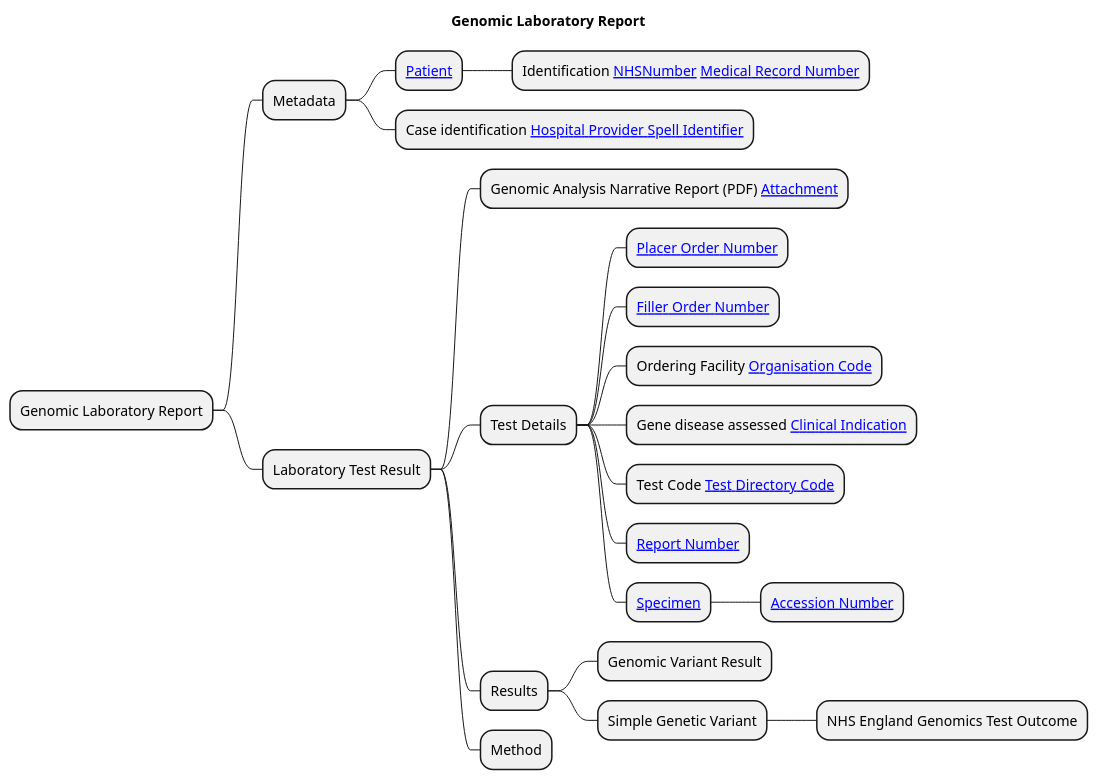
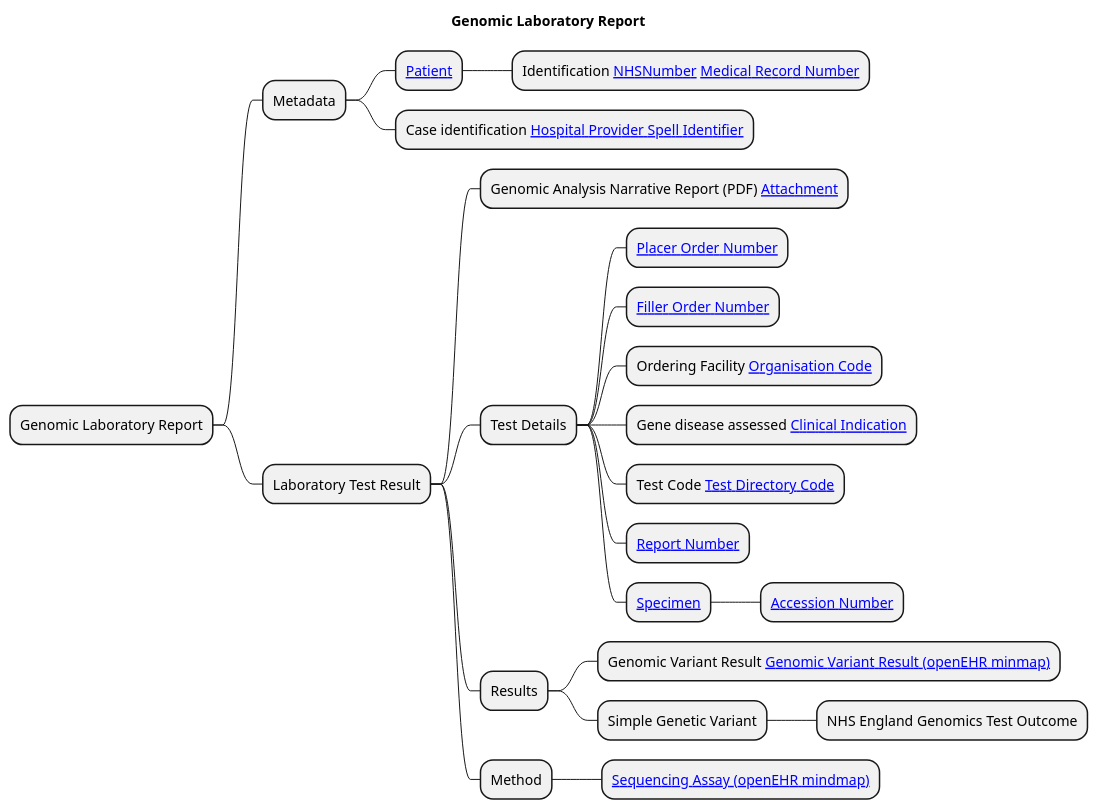
Before and after one commit to uk-gov-mirror/nw-gmsa.nw-gmsa.github.com: the diagram in input/images-source/LaboratoryReport-mindmap.plantuml, drawn with PlantUML.

Commit message:
hyperlinks in mermaid diagram

```diff
--- a/input/images-source/LaboratoryReport-mindmap.plantuml
+++ b/input/images-source/LaboratoryReport-mindmap.plantuml
@@ -1,28 +1,28 @@
 @startmindmap
 
 title "Genomic Laboratory Report"
 
 * Genomic Laboratory Report
 ** Metadata
 *** [[StructureDefinition-Patient.html Patient]]
 **** Identification [[StructureDefinition-NHSNumber.html NHSNumber]] [[StructureDefinition-MedicalRecordNumber.html Medical Record Number]]
 *** Case identification [[StructureDefinition-HospitalProviderSpellIdentifier.html Hospital Provider Spell Identifier]]
 ** Laboratory Test Result
 *** Genomic Analysis Narrative Report (PDF) [[StructureDefinition-NWAttachment.html Attachment]]
 *** Test Details
 **** [[StructureDefinition-PlacerOrderNumber.html Placer Order Number]]
 **** [[StructureDefinition-FillerOrderNumber.html Filler Order Number]]
 **** Ordering Facility [[StructureDefinition-OrganisationCode.html Organisation Code]]
 **** Gene disease assessed [[CodeSystem-GenomicClinicalIndication.html Clinical Indication]]
 **** Test Code [[CodeSystem-GenomicTestCode.html Test Directory Code]]
 **** [[StructureDefinition-ReportNumber.html Report Number]]
 **** [[StructureDefinition-Specimen.html Specimen]]
 ***** [[StructureDefinition-AccessionNumber.html Accession Number]]
 *** Results
-
-**** Genomic Variant Result
+**** Genomic Variant Result [[https://ckm.openehr.org/ckm/archetypes/1013.1.3759/mindmap Genomic Variant Result (openEHR minmap)]]
 **** Simple Genetic Variant
 ***** NHS England Genomics Test Outcome
 *** Method
+**** [[https://ckm.openehr.org/ckm/archetypes/1013.1.4256/mindmap Sequencing Assay (openEHR mindmap)]]
 
 @endmindmap
```
